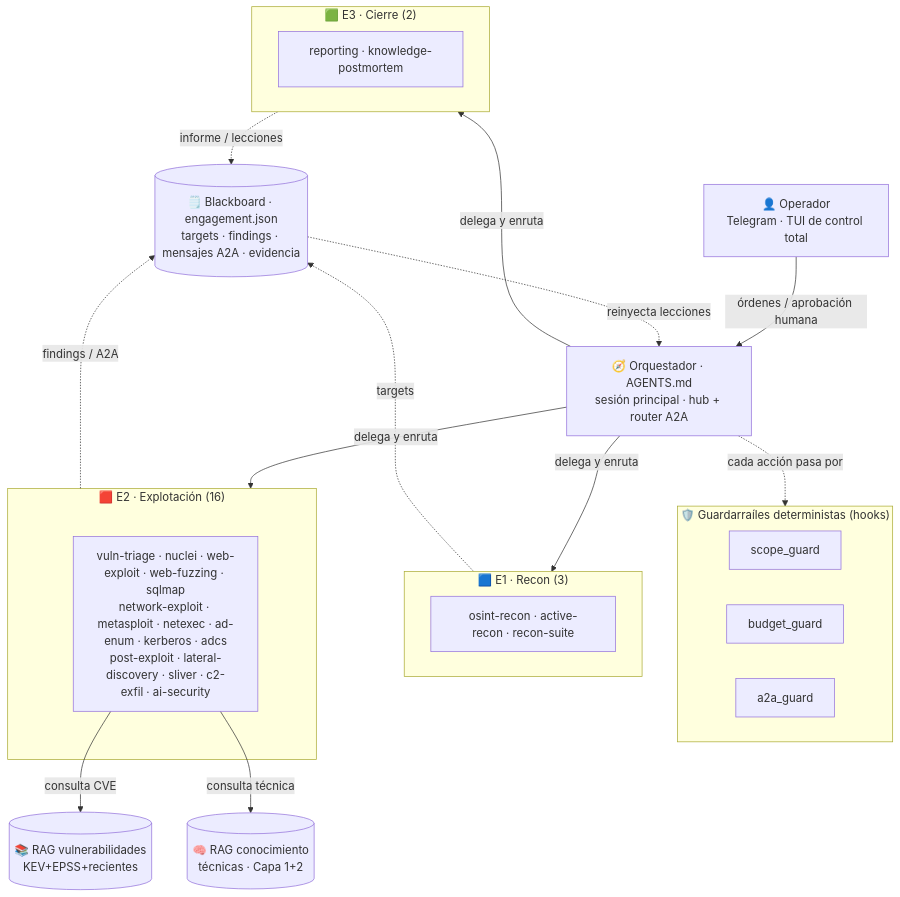
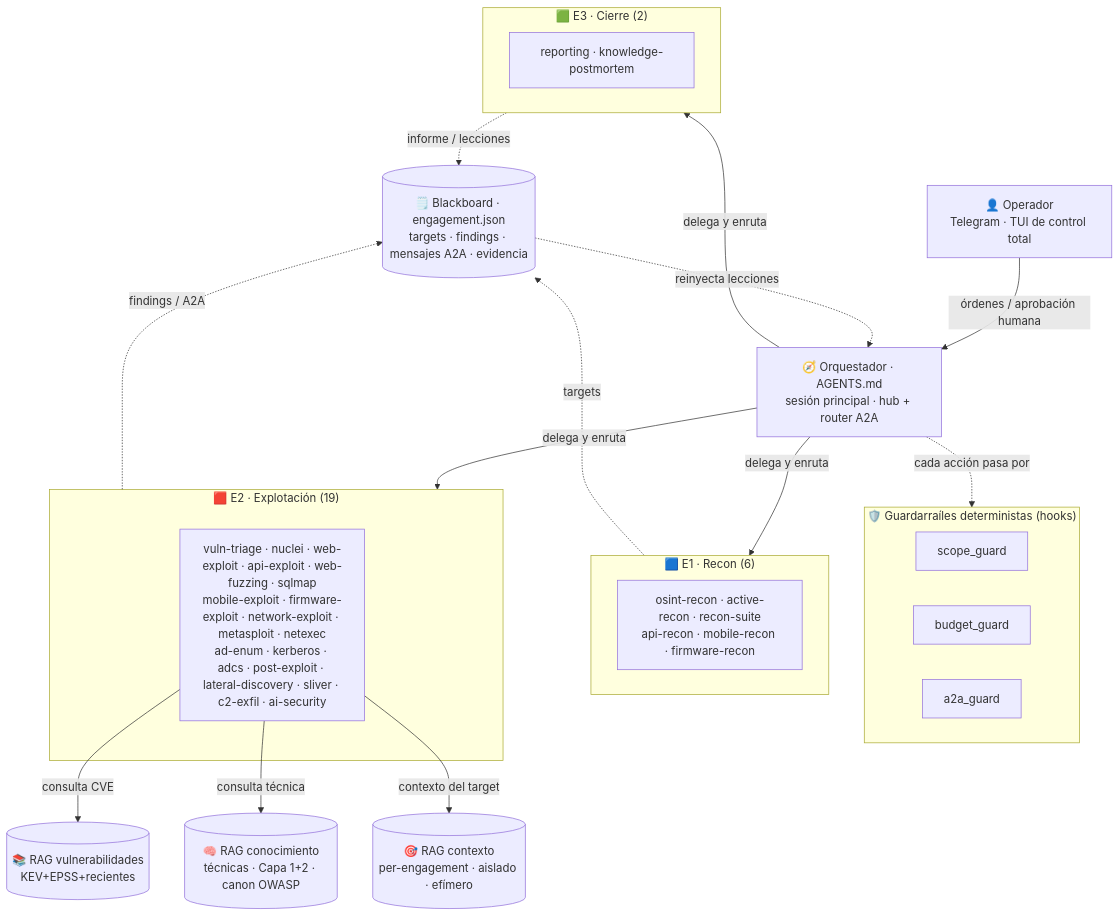
One commit to devPruebaDataunix/Data-Attack-Offensive-Tools changed the diagram in README.md. Above: the diagram before and after it, drawn with Mermaid. The commit also changed other lines of this file and 6 other files, not shown here.

````diff
--- a/README.md
+++ b/README.md
@@ -125,33 +125,35 @@
 ```mermaid
 flowchart TB
     OP["👤 Operador<br/>Telegram · TUI de control total"]
     ORQ["🧭 Orquestador · AGENTS.md<br/>sesión principal · hub + router A2A"]
     subgraph GATES["🛡️ Guardarraíles deterministas (hooks)"]
         SG["scope_guard"]
         BG["budget_guard"]
         AG["a2a_guard"]
     end
     BB[("🗒️ Blackboard · engagement.json<br/>targets · findings · mensajes A2A · evidencia")]
     RAGDB[("📚 RAG vulnerabilidades<br/>KEV+EPSS+recientes")]
-    RAGKB[("🧠 RAG conocimiento<br/>técnicas · Capa 1+2")]
-    subgraph E1["🟦 E1 · Recon (3)"]
-        R["osint-recon · active-recon · recon-suite"]
+    RAGKB[("🧠 RAG conocimiento<br/>técnicas · Capa 1+2 · canon OWASP")]
+    RAGCTX[("🎯 RAG contexto<br/>per-engagement · aislado · efímero")]
+    subgraph E1["🟦 E1 · Recon (6)"]
+        R["osint-recon · active-recon · recon-suite<br/>api-recon · mobile-recon · firmware-recon"]
     end
-    subgraph E2["🟥 E2 · Explotación (16)"]
-        X["vuln-triage · nuclei · web-exploit · web-fuzzing · sqlmap<br/>network-exploit · metasploit · netexec · ad-enum · kerberos · adcs<br/>post-exploit · lateral-discovery · sliver · c2-exfil · ai-security"]
+    subgraph E2["🟥 E2 · Explotación (19)"]
+        X["vuln-triage · nuclei · web-exploit · api-exploit · web-fuzzing · sqlmap<br/>mobile-exploit · firmware-exploit · network-exploit · metasploit · netexec<br/>ad-enum · kerberos · adcs · post-exploit · lateral-discovery · sliver · c2-exfil · ai-security"]
     end
     subgraph E3["🟩 E3 · Cierre (2)"]
         C["reporting · knowledge-postmortem"]
     end
     OP -->|órdenes / aprobación humana| ORQ
     ORQ -->|delega y enruta| E1
     ORQ -->|delega y enruta| E2
     ORQ -->|delega y enruta| E3
     ORQ -.->|cada acción pasa por| GATES
     E1 -.->|targets| BB
     E2 -.->|findings / A2A| BB
     E3 -.->|informe / lecciones| BB
     BB -.->|reinyecta lecciones| ORQ
     X -->|consulta CVE| RAGDB
     X -->|consulta técnica| RAGKB
+    X -->|contexto del target| RAGCTX
 ```
````
